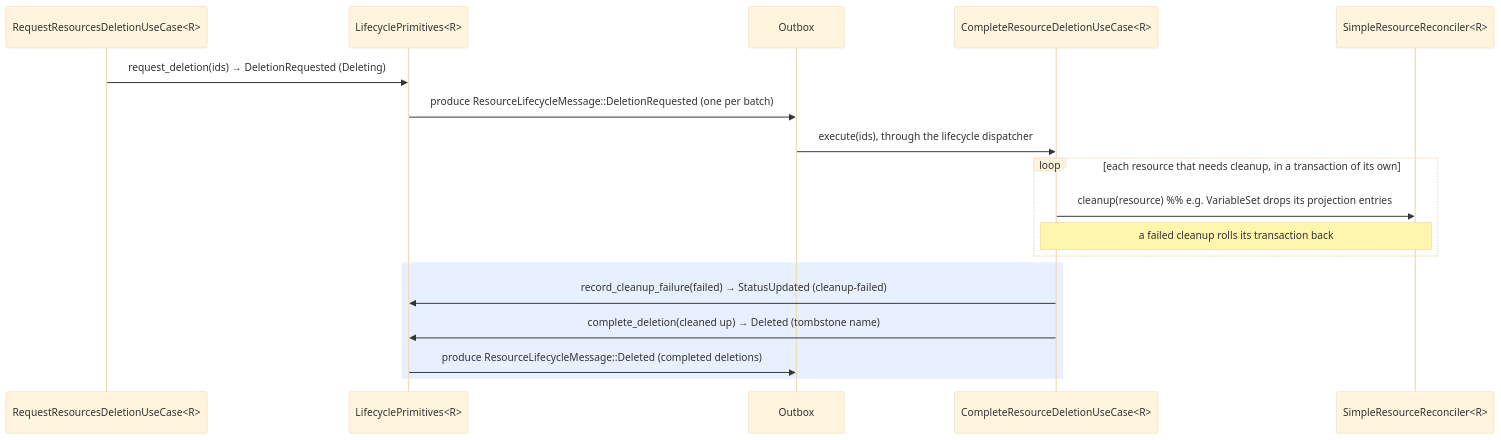
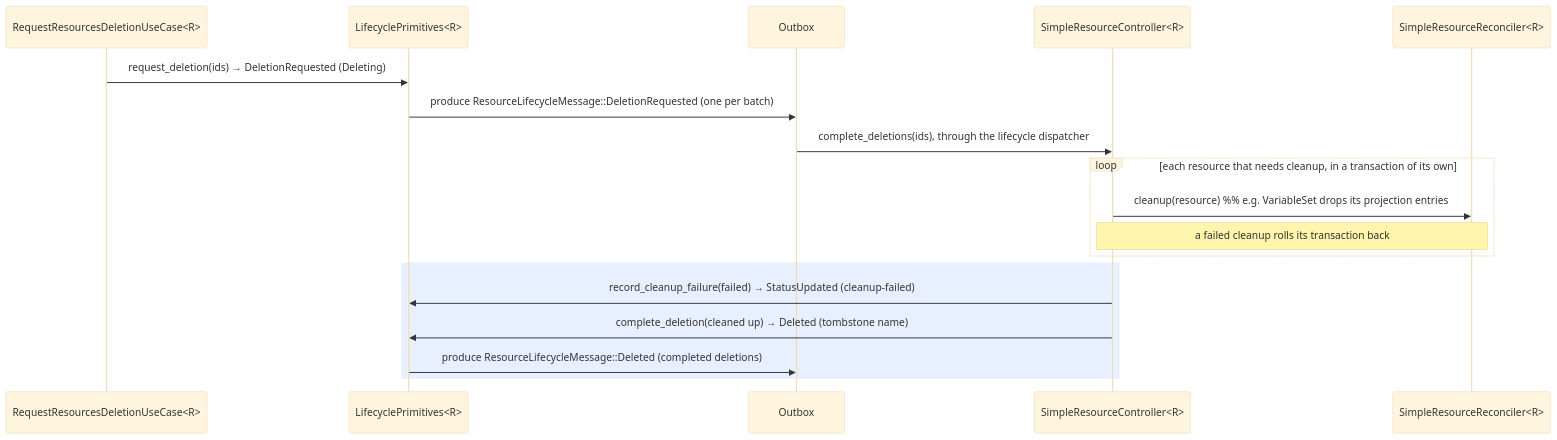
One commit to kamu-data/kamu-cli changed the fourth of 6 diagrams in docs/internal/resources-framework.md. Above: the diagram before and after it, drawn with Mermaid (base theme). The commit also changed other lines of this file and 19 other files, not shown here.

Commit message:
SimpleResourceController owns reconciliation and cleanup transactions

````diff
--- a/docs/internal/resources-framework.md
+++ b/docs/internal/resources-framework.md
@@ -1445,21 +1455,21 @@
 ```mermaid
 sequenceDiagram
     participant RQ as RequestResourcesDeletionUseCase<R>
     participant P as LifecyclePrimitives<R>
     participant OB as Outbox
-    participant CD as CompleteResourceDeletionUseCase<R>
+    participant A as SimpleResourceController<R>
     participant Ctl as SimpleResourceReconciler<R>
 
     RQ->>P: request_deletion(ids) → DeletionRequested (Deleting)
     P->>OB: produce ResourceLifecycleMessage::DeletionRequested (one per batch)
-    OB->>CD: execute(ids), through the lifecycle dispatcher
+    OB->>A: complete_deletions(ids), through the lifecycle dispatcher
     loop each resource that needs cleanup, in a transaction of its own
-        CD->>Ctl: cleanup(resource)  %% e.g. VariableSet drops its projection entries
-        Note over CD,Ctl: a failed cleanup rolls its transaction back
+        A->>Ctl: cleanup(resource)  %% e.g. VariableSet drops its projection entries
+        Note over A,Ctl: a failed cleanup rolls its transaction back
     end
     rect rgba(100, 150, 255, 0.15)
-        CD->>P: record_cleanup_failure(failed) → StatusUpdated (cleanup-failed)
-        CD->>P: complete_deletion(cleaned up) → Deleted (tombstone name)
+        A->>P: record_cleanup_failure(failed) → StatusUpdated (cleanup-failed)
+        A->>P: complete_deletion(cleaned up) → Deleted (tombstone name)
         P->>OB: produce ResourceLifecycleMessage::Deleted (completed deletions)
     end
 ```
````
